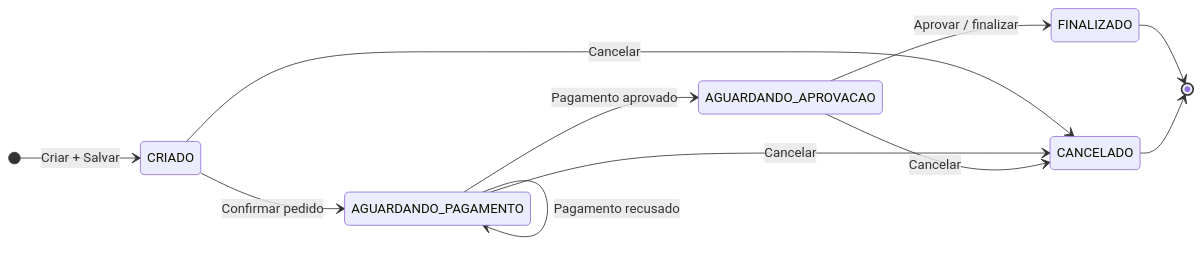
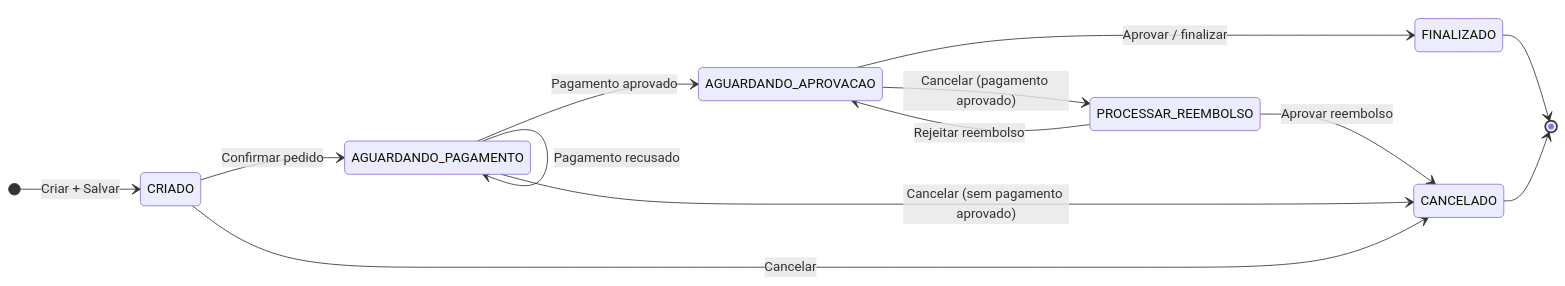
Before and after one commit to AdrianoBispo/sap-abap-rap-pedidos-de-compras-app: the second of 3 diagrams in README.md, drawn with Mermaid. The commit also changed other lines of this file and 319 other files, not shown here.

````diff
--- a/README.md
+++ b/README.md
@@ -160,14 +176,16 @@
 ```mermaid
 stateDiagram-v2
     direction LR
     [*] --> CRIADO: Criar + Salvar
     CRIADO --> AGUARDANDO_PAGAMENTO: Confirmar pedido
     AGUARDANDO_PAGAMENTO --> AGUARDANDO_PAGAMENTO: Pagamento recusado
     AGUARDANDO_PAGAMENTO --> AGUARDANDO_APROVACAO: Pagamento aprovado
     AGUARDANDO_APROVACAO --> FINALIZADO: Aprovar / finalizar
     CRIADO --> CANCELADO: Cancelar
-    AGUARDANDO_PAGAMENTO --> CANCELADO: Cancelar
-    AGUARDANDO_APROVACAO --> CANCELADO: Cancelar
+    AGUARDANDO_PAGAMENTO --> CANCELADO: Cancelar (sem pagamento aprovado)
+    AGUARDANDO_APROVACAO --> PROCESSAR_REEMBOLSO: Cancelar (pagamento aprovado)
+    PROCESSAR_REEMBOLSO --> CANCELADO: Aprovar reembolso
+    PROCESSAR_REEMBOLSO --> AGUARDANDO_APROVACAO: Rejeitar reembolso
     FINALIZADO --> [*]
     CANCELADO --> [*]
 ```
````
